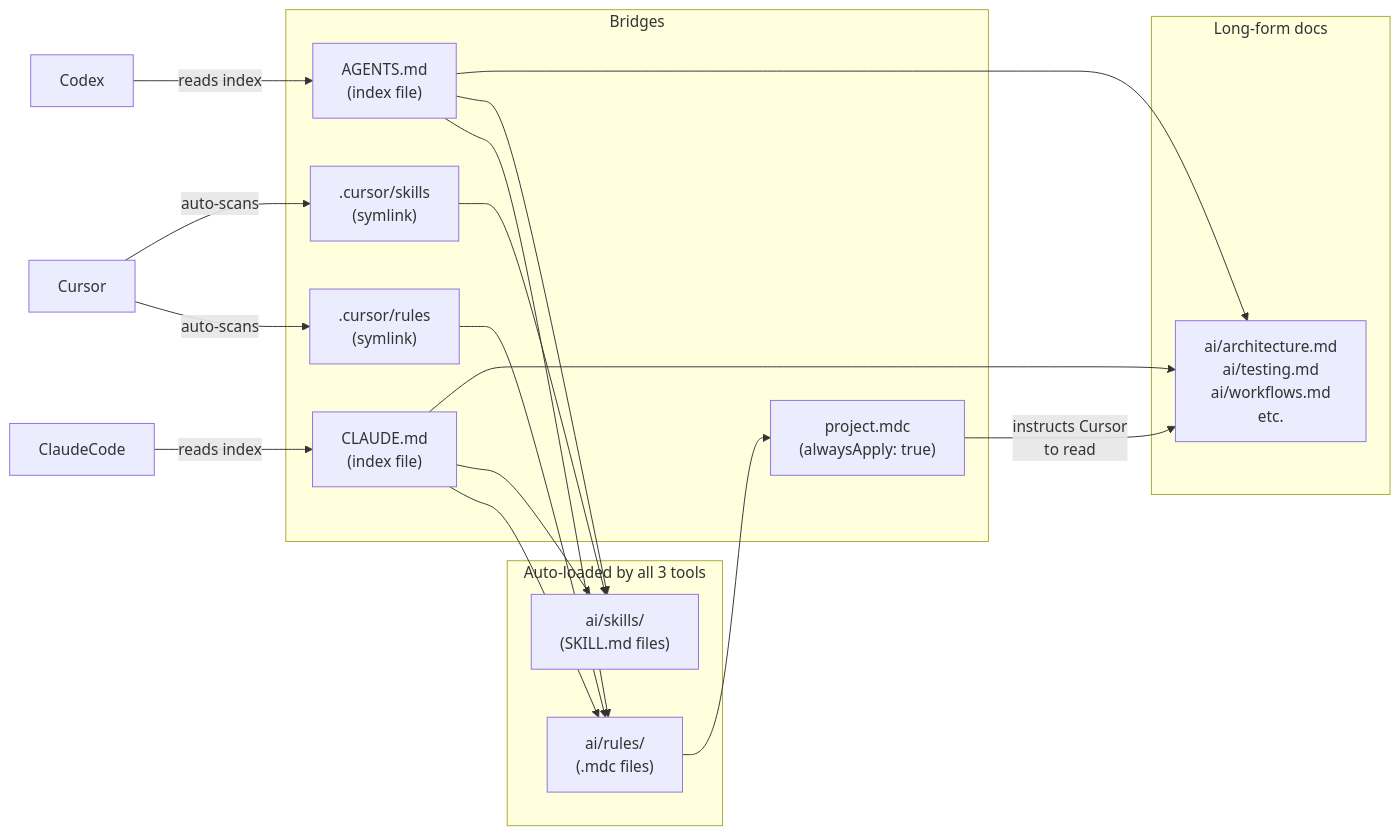
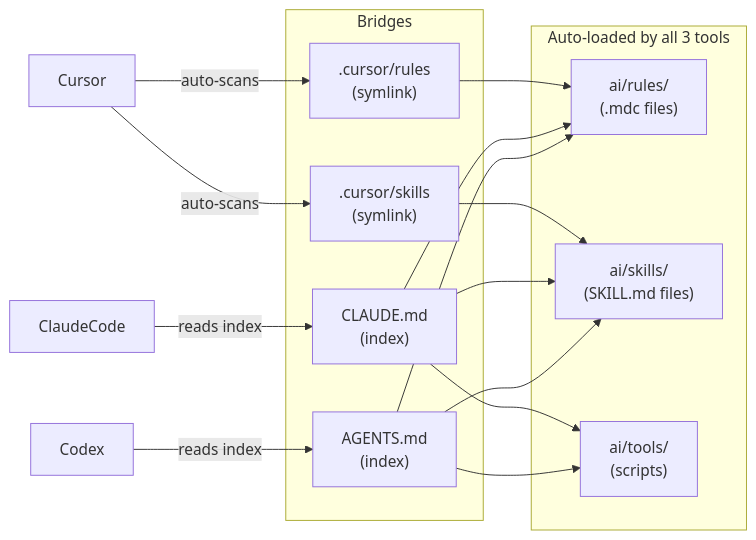
Before and after one commit to rejsiperpalaj/homebrew-wt-setup: the diagram in README.md, drawn with Mermaid. The commit also changed other lines of this file and 8 other files, not shown here.

First line of the commit message:
feat: rules-only structure — remove standalone ai/*.md, fold into .mdc rules

````diff
--- a/README.md
+++ b/README.md
@@ -183,36 +181,29 @@
 ```mermaid
 flowchart LR
     subgraph allTools [Auto-loaded by all 3 tools]
         rules["ai/rules/\n(.mdc files)"]
         skills["ai/skills/\n(SKILL.md files)"]
-    end
-
-    subgraph mdDocs [Long-form docs]
-        docs["ai/architecture.md\nai/testing.md\nai/workflows.md\netc."]
+        tools["ai/tools/\n(scripts)"]
     end
 
     subgraph bridges [Bridges]
         cursor_rules[".cursor/rules\n(symlink)"]
         cursor_skills[".cursor/skills\n(symlink)"]
-        claude["CLAUDE.md\n(index file)"]
-        agents["AGENTS.md\n(index file)"]
-        proj["project.mdc\n(alwaysApply: true)"]
+        claude["CLAUDE.md\n(index)"]
+        agents["AGENTS.md\n(index)"]
     end
 
     Cursor -->|"auto-scans"| cursor_rules
     Cursor -->|"auto-scans"| cursor_skills
     cursor_rules --> rules
     cursor_skills --> skills
-    rules --> proj
 
     ClaudeCode -->|"reads index"| claude
     Codex -->|"reads index"| agents
     claude --> rules
     claude --> skills
-    claude --> docs
+    claude --> tools
     agents --> rules
     agents --> skills
-    agents --> docs
-
-    proj -->|"instructs Cursor\nto read"| docs
+    agents --> tools
 ```
````
